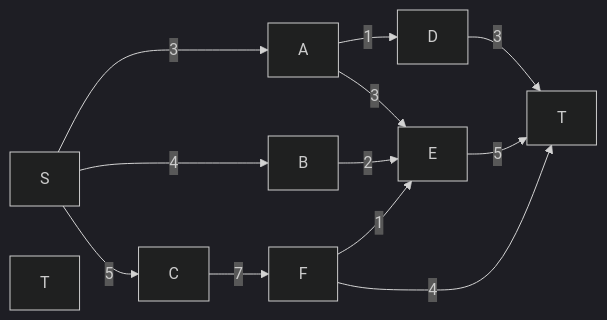
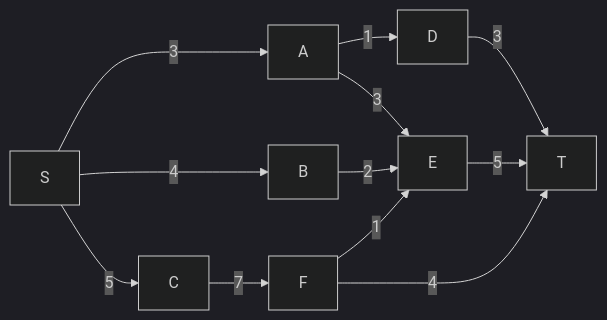
One commit to soku1203/Ford-Fulkerson-Algorithm- changed the second of 2 diagrams in README.md. Above: the diagram before and after it, drawn with Mermaid (dark theme).

````diff
--- a/README.md
+++ b/README.md
@@ -135,22 +135,22 @@
 ```mermaid
 graph LR;
     S[S]
     A[A]
     B[B]
     C[C]
     D[D]
     E[E]
     F[F]
-    H[T]
+    T[T]
     S--3-->A;
     S--4-->B;
     S--5-->C;
     A--1-->D;
     A--3-->E;
     B--2-->E;
     C--7-->F;
+    E--5-->T;
     F--1-->E;
-    E--5-->T;
     F--4-->T;
     D--3-->T;
 ```
````
